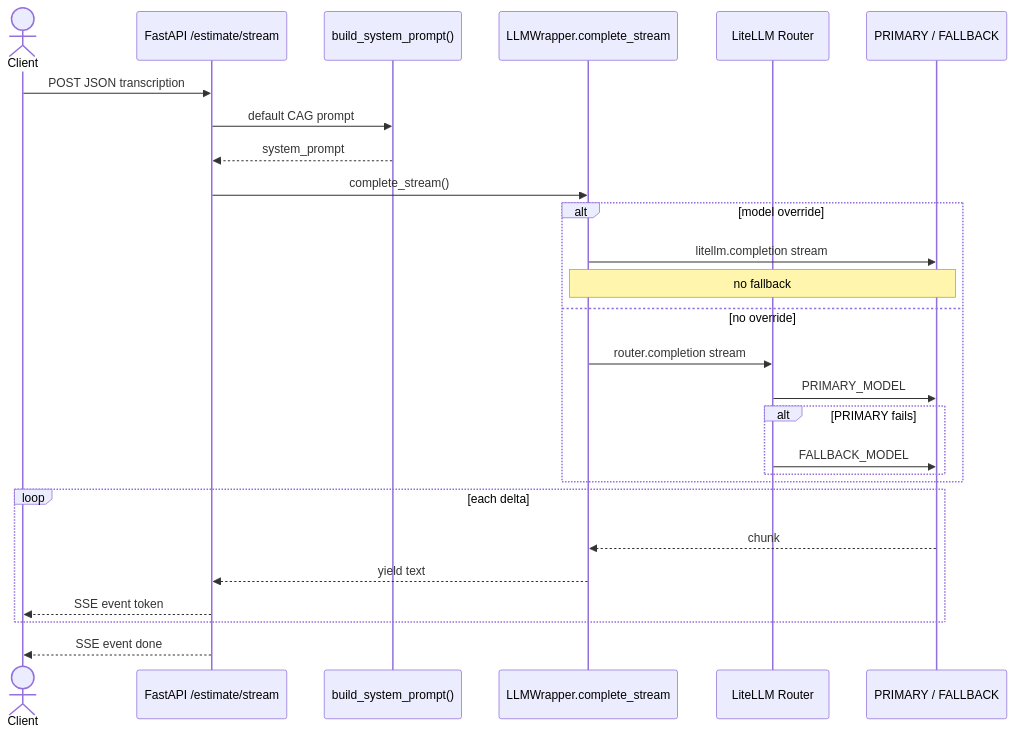
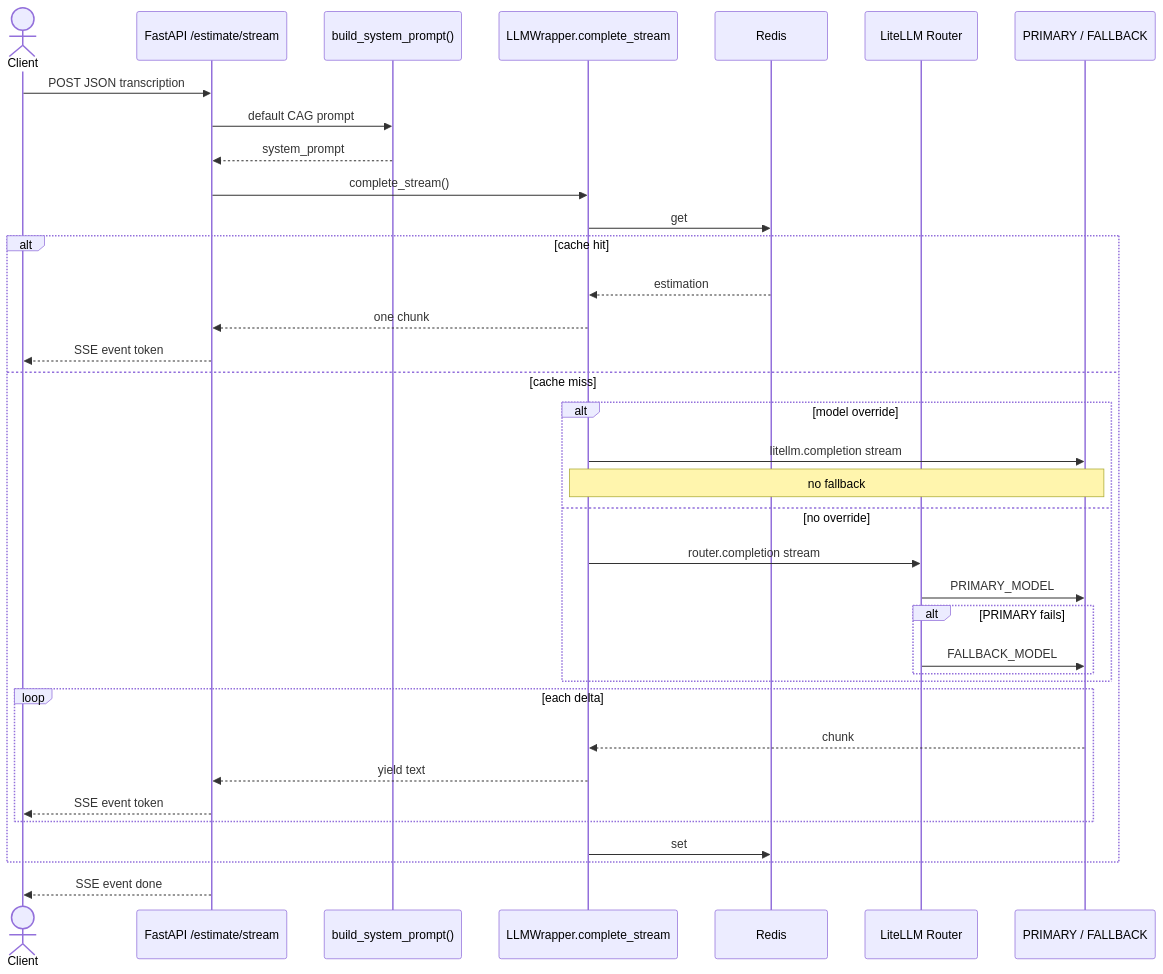
One commit to morales4dev/ai-engineering changed the first of 2 diagrams in session2/estimador-cag/README.md. Above: the diagram before and after it, drawn with Mermaid. The commit also changed other lines of this file and 2 other files, not shown here.

Commit message:
HTML SSE demo (session_3_port)

````diff
--- a/session2/estimador-cag/README.md
+++ b/session2/estimador-cag/README.md
@@ -59,32 +62,40 @@
 ```mermaid
 sequenceDiagram
     actor Client
     participant API as FastAPI /estimate/stream
     participant Prompt as build_system_prompt()
     participant W as LLMWrapper.complete_stream
+    participant Cache as Redis
     participant R as LiteLLM Router
     participant LLM as PRIMARY / FALLBACK
 
     Client->>API: POST JSON transcription
     API->>Prompt: default CAG prompt
     Prompt-->>API: system_prompt
     API->>W: complete_stream()
+    W->>Cache: get
 
-    alt model override
-        W->>LLM: litellm.completion stream
-        Note over W,LLM: no fallback
-    else no override
-        W->>R: router.completion stream
-        R->>LLM: PRIMARY_MODEL
-        alt PRIMARY fails
-            R->>LLM: FALLBACK_MODEL
+    alt cache hit
+        Cache-->>W: estimation
+        W-->>API: one chunk
+        API-->>Client: SSE event token
+    else cache miss
+        alt model override
+            W->>LLM: litellm.completion stream
+            Note over W,LLM: no fallback
+        else no override
+            W->>R: router.completion stream
+            R->>LLM: PRIMARY_MODEL
+            alt PRIMARY fails
+                R->>LLM: FALLBACK_MODEL
+            end
         end
-    end
-
-    loop each delta
-        LLM-->>W: chunk
-        W-->>API: yield text
-        API-->>Client: SSE event token
+        loop each delta
+            LLM-->>W: chunk
+            W-->>API: yield text
+            API-->>Client: SSE event token
+        end
+        W->>Cache: set
     end
     API-->>Client: SSE event done
 ```
````
